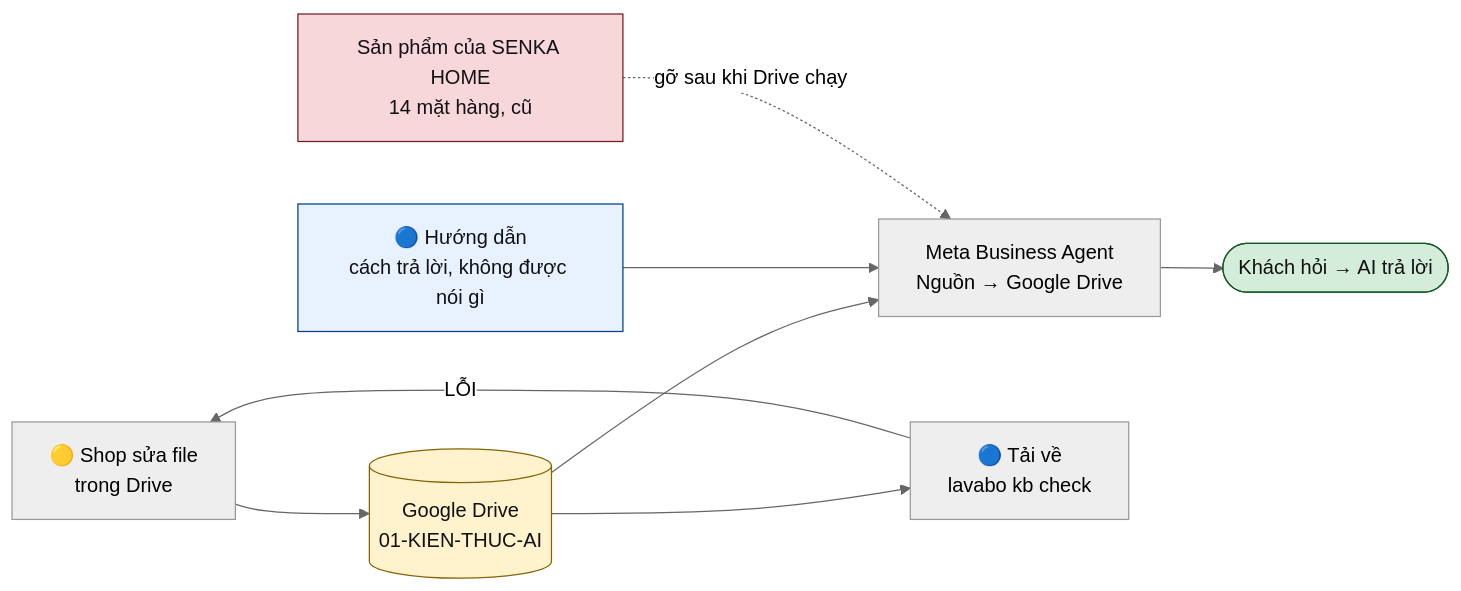
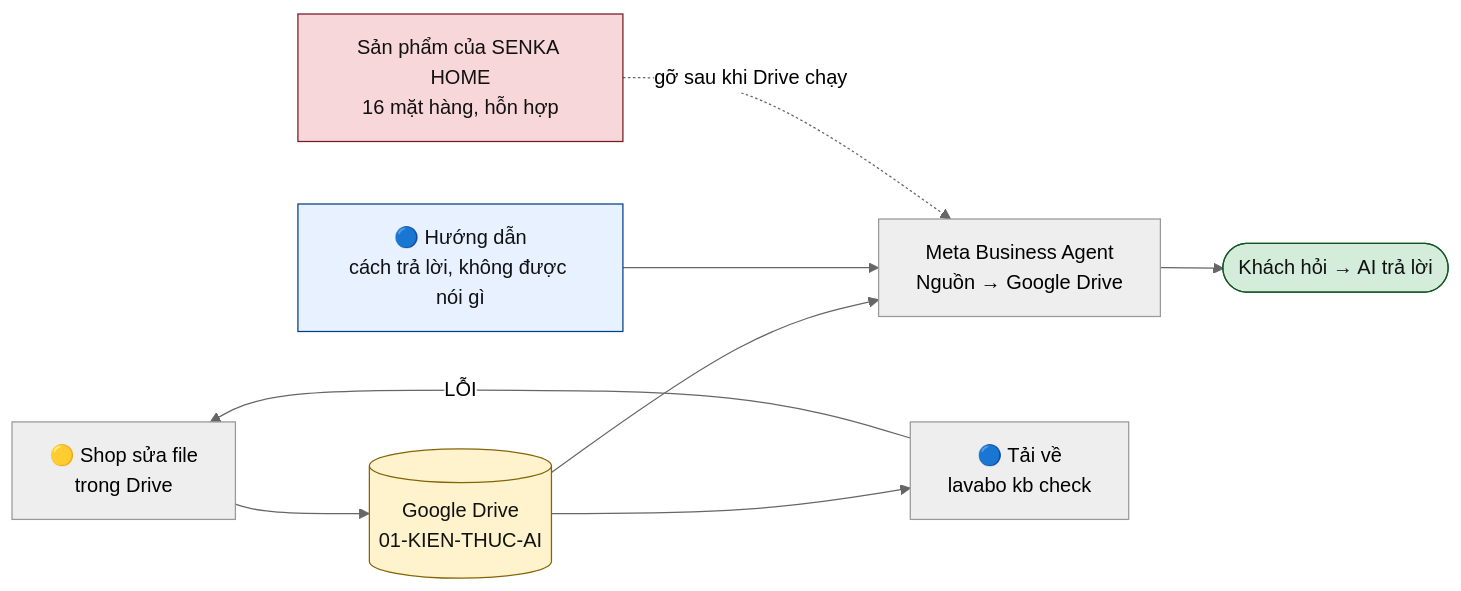
The diagram in docs/18-google-drive-source.md (duongwinter-79/lavabo-extract-agent), drawn with Mermaid (neutral theme) before and after one commit. The commit also changed other lines of this file and 2 other files, not shown here.

````diff
--- a/docs/18-google-drive-source.md
+++ b/docs/18-google-drive-source.md
@@ -31,15 +31,15 @@
 ```mermaid
 flowchart LR
     SHOP["🟡 Shop sửa file<br/>trong Drive"] --> DRIVE[("Google Drive<br/>01-KIEN-THUC-AI")]
     DRIVE --> META["Meta Business Agent<br/>Nguồn → Google Drive"]
     META --> CUST(["Khách hỏi → AI trả lời"])
     DRIVE --> US["🔵 Tải về<br/>lavabo kb check"]
     US -->|"LỖI"| SHOP
     HD["🔵 Hướng dẫn<br/>cách trả lời, không được nói gì"] --> META
-    OLD["Sản phẩm của SENKA HOME<br/>14 mặt hàng, cũ"] -.->|"gỡ sau khi Drive chạy"| META
+    OLD["Sản phẩm của SENKA HOME<br/>16 mặt hàng, hỗn hợp"] -.->|"gỡ sau khi Drive chạy"| META
 
     style DRIVE fill:#fff3cd,stroke:#856404,color:#111
     style HD fill:#e7f1ff,stroke:#004085,color:#111
     style OLD fill:#f8d7da,stroke:#721c24,color:#111
     style CUST fill:#d4edda,stroke:#155724,color:#111
 ```
````
